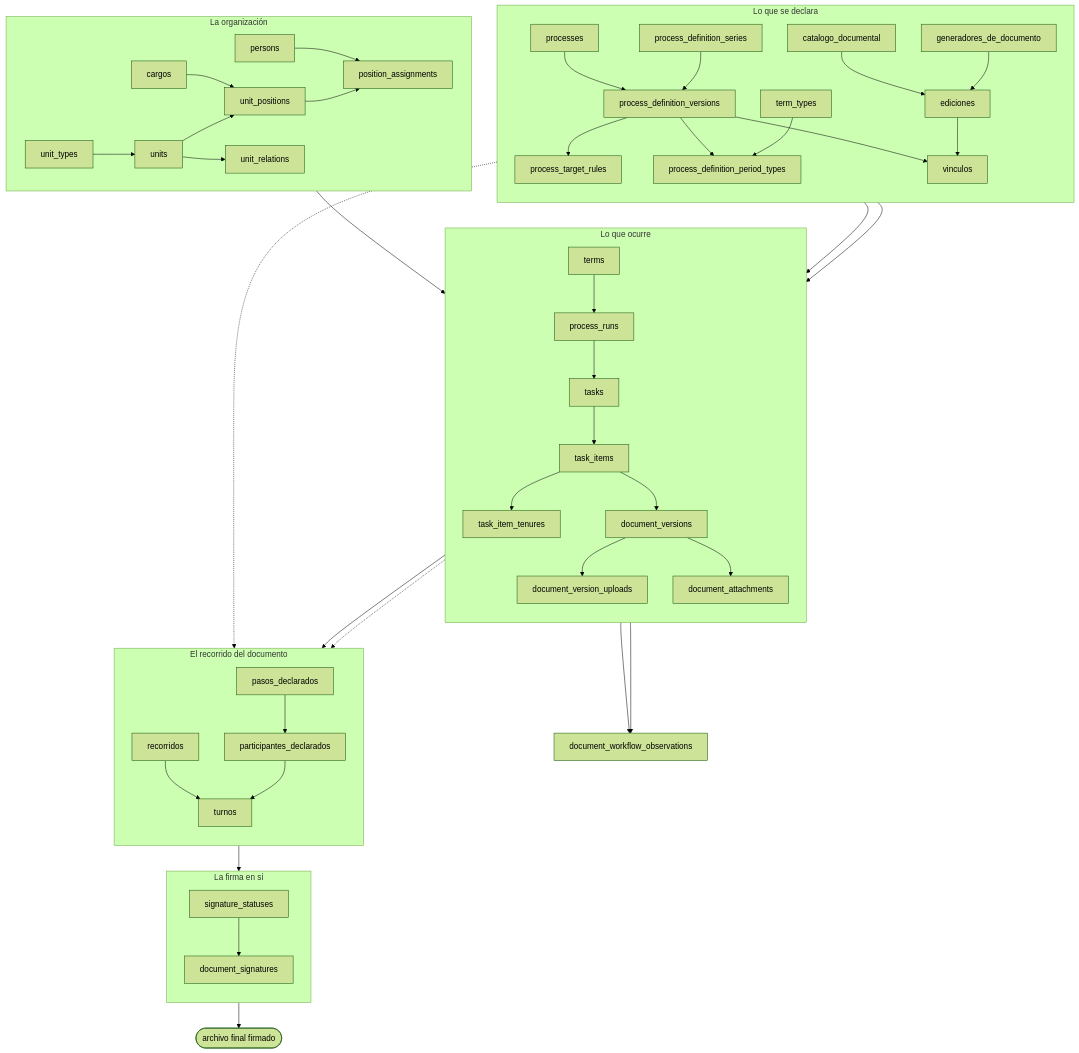
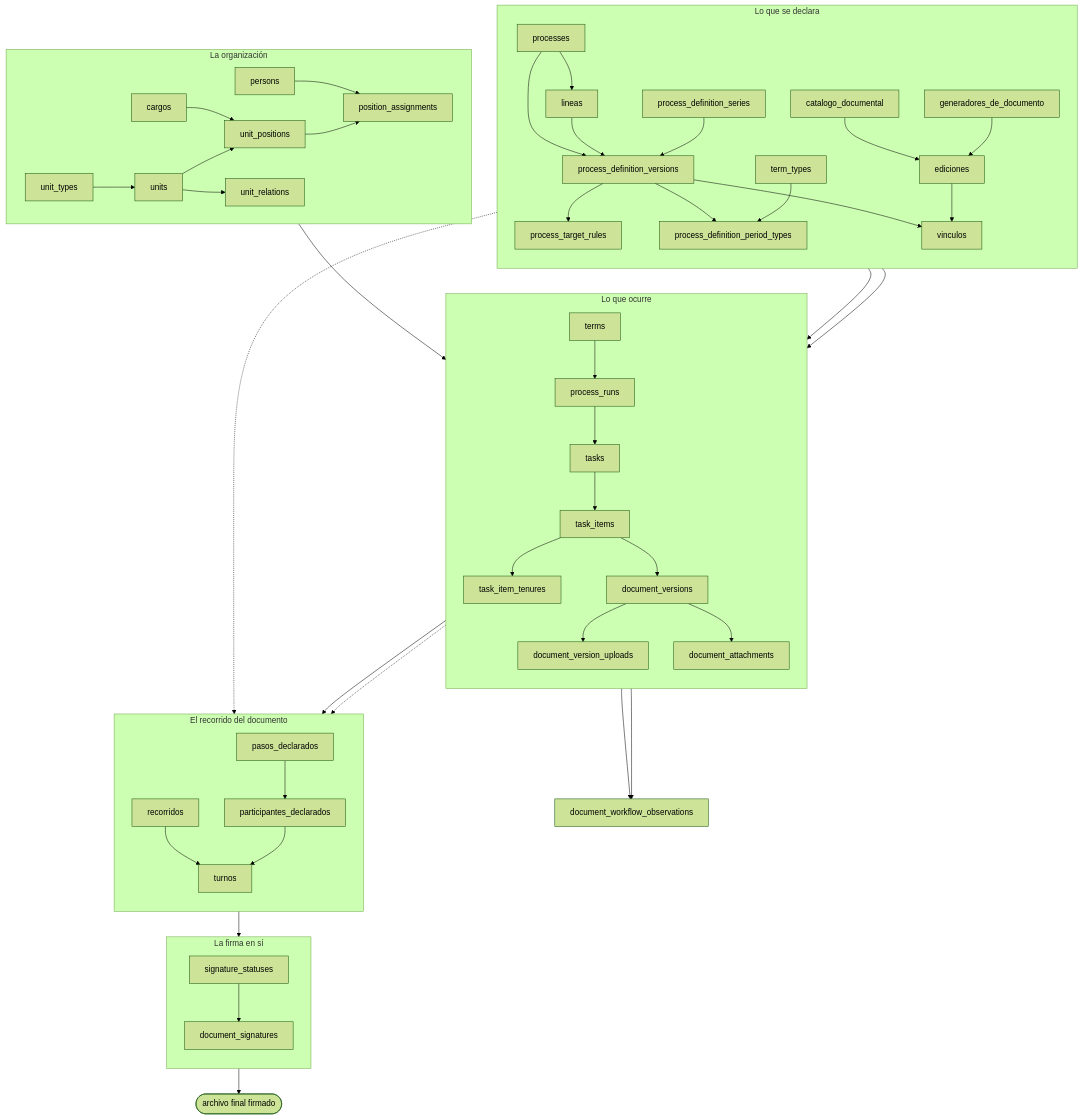
The diagram in docs/src/content/docs/modelo/mapa-completo.md (fresvel/deasy), drawn with Mermaid (forest theme) before and after one commit. The commit also changed 18 other files, not shown here.

````diff
--- a/docs/src/content/docs/modelo/mapa-completo.md
+++ b/docs/src/content/docs/modelo/mapa-completo.md
@@ -22,59 +22,61 @@
 ```mermaid
 flowchart TB
   subgraph ORG["La organización"]
     direction LR
     UT["unit_types"] --> U["units"]
     U --> UP["unit_positions"]
     C["cargos"] --> UP
     UP --> PA["position_assignments"]
     P["persons"] --> PA
     U --> UR["unit_relations"]
   end
 
   subgraph DECL["Lo que se declara"]
     direction TB
     PR["processes"] --> PDV["process_definition_versions"]
+    PR --> LIN["lineas"]
+    LIN --> PDV
     SER["process_definition_series"] --> PDV
     PDV --> PTR["process_target_rules"]
     PDV --> PDPT["process_definition_period_types"]
     TT["term_types"] --> PDPT
     DEL["catalogo_documental"] --> TA["ediciones"]
     GEN["generadores_de_documento"] --> TA
     PDV --> PDT["vinculos"]
     TA --> PDT
   end
 
   subgraph EJEC["Lo que ocurre"]
     direction TB
     PDV --> RUN["process_runs"]
     TERM["terms"] --> RUN
     RUN --> T["tasks"]
     T --> TI["task_items"]
     PDT --> TI
     UP --> TI
     TI --> TEN["task_item_tenures"]
     TI --> DV["document_versions"]
     DV --> DVU["document_version_uploads"]
     DV --> DA["document_attachments"]
   end
 
   subgraph REC["El recorrido del documento"]
     direction TB
     PASO["pasos_declarados"] --> PART["participantes_declarados"]
     RECO["recorridos"] --> TUR["turnos"]
     PART --> TUR
   end
 
   subgraph FIR["La firma en sí"]
     direction TB
     TUR --> DS["document_signatures"]
     SS["signature_statuses"] --> DS
   end
 
   TA -.-> PASO
   TI -.-> PASO
   DV --> RECO
   DS --> FIN(["archivo final firmado"])
   TI --> OBS["document_workflow_observations"]
   DV --> OBS
 ```
````
